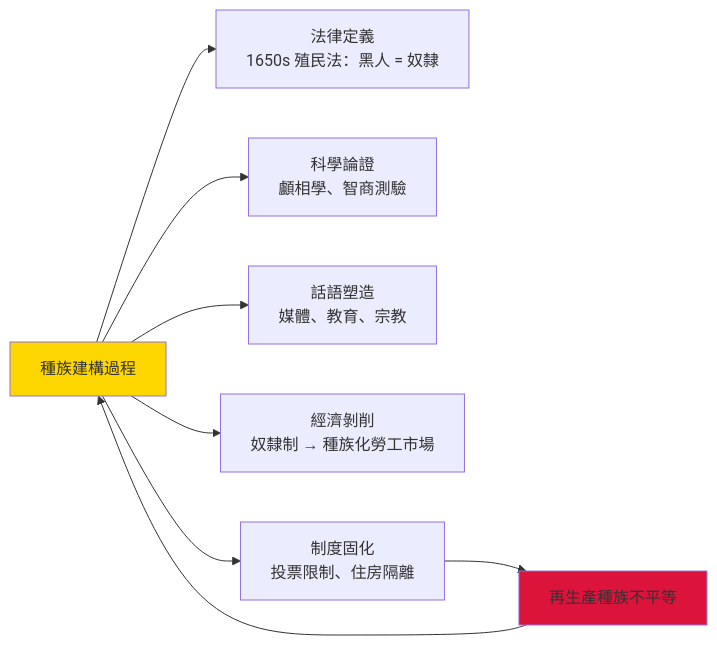
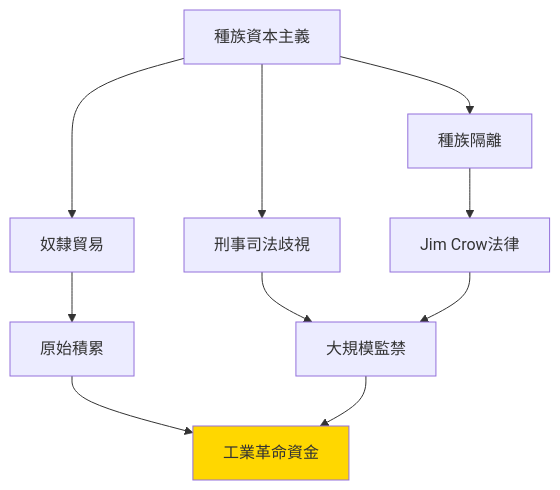
The second of 10 diagrams in 01_HKU_Courses/HIST2161_Making_Race.md (yip-lgtm/HKU-Harvard-History-Self-Study), drawn with Mermaid before and after one commit. The commit also changed other lines of this file and 7 other files, not shown here.

````diff
--- a/01_HKU_Courses/HIST2161_Making_Race.md
+++ b/01_HKU_Courses/HIST2161_Making_Race.md
@@ -122,12 +158,13 @@
 ```mermaid
-graph LR
-    A["種族建構過程"] --> B["法律定義<br/>1650s 殖民法：黑人 = 奴隸"]
-    A --> C["科學論證<br/>顱相學、智商測驗"]
-    A --> D["話語塑造<br/>媒體、教育、宗教"]
-    A --> E["經濟剝削<br/>奴隸制 → 種族化勞工市場"]
-    A --> F["制度固化<br/>投票限制、住房隔離"]
-    F --> G["再生產種族不平等"]
-    G --> A
-    style A fill:#FFD700
-    style G fill:#DC143C
+graph TD
+    A["種族資本主義"] --> B["奴隸貿易"]
+    A --> C["種族隔離"]
+    A --> D["刑事司法歧視"]
+    B --> E["原始積累"]
+    C --> F["Jim Crow法律"]
+    D --> G["大規模監禁"]
+    E --> H["工業革命資金"]
+    F --> G
+    G --> H
+    style H fill:#FFD700
 ```
````
